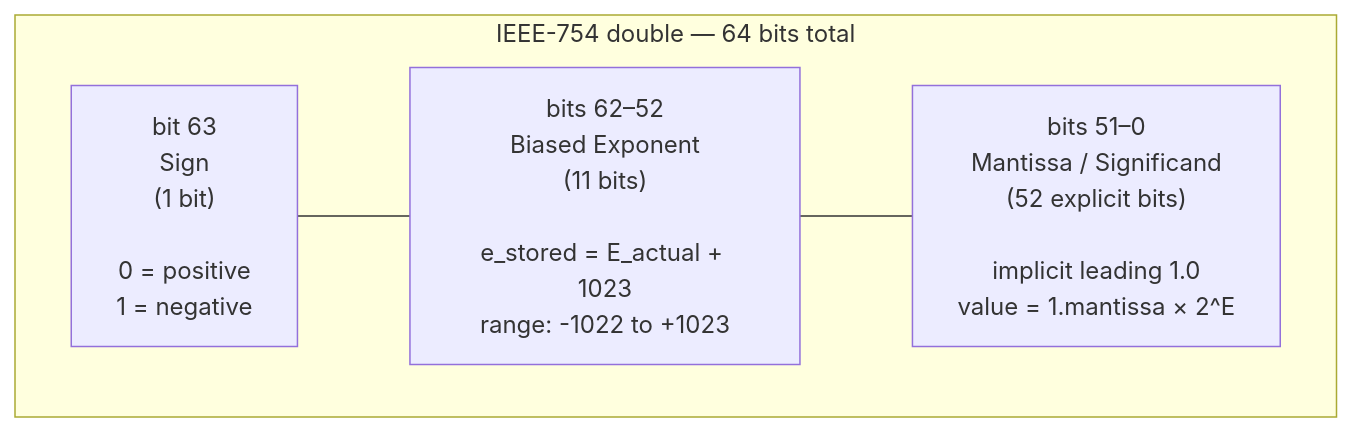
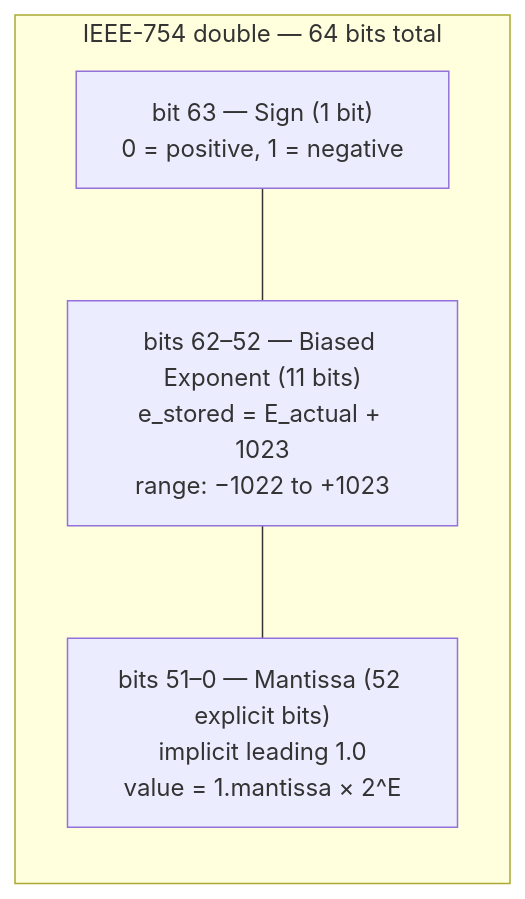
The second of 8 diagrams in docs/theory/russ-cox.md (the-lkb/beast-json), drawn with Mermaid before and after one commit. The commit also changed other lines of this file and 4 other files, not shown here.

````diff
--- a/docs/theory/russ-cox.md
+++ b/docs/theory/russ-cox.md
@@ -35,10 +35,10 @@
 ```mermaid
-flowchart LR
+flowchart TB
     subgraph IEEE["IEEE-754 double — 64 bits total"]
-        direction LR
-        S["bit 63\nSign\n(1 bit)\n\n0 = positive\n1 = negative"]
-        E["bits 62–52\nBiased Exponent\n(11 bits)\n\ne_stored = E_actual + 1023\nrange: -1022 to +1023"]
-        M["bits 51–0\nMantissa / Significand\n(52 explicit bits)\n\nimplicit leading 1.0\nvalue = 1.mantissa × 2^E"]
+        direction TB
+        S["bit 63 — Sign (1 bit)<br/>0 = positive, 1 = negative"]
+        E["bits 62–52 — Biased Exponent (11 bits)<br/>e_stored = E_actual + 1023<br/>range: −1022 to +1023"]
+        M["bits 51–0 — Mantissa (52 explicit bits)<br/>implicit leading 1.0<br/>value = 1.mantissa × 2^E"]
         S --- E --- M
     end
 ```
````
